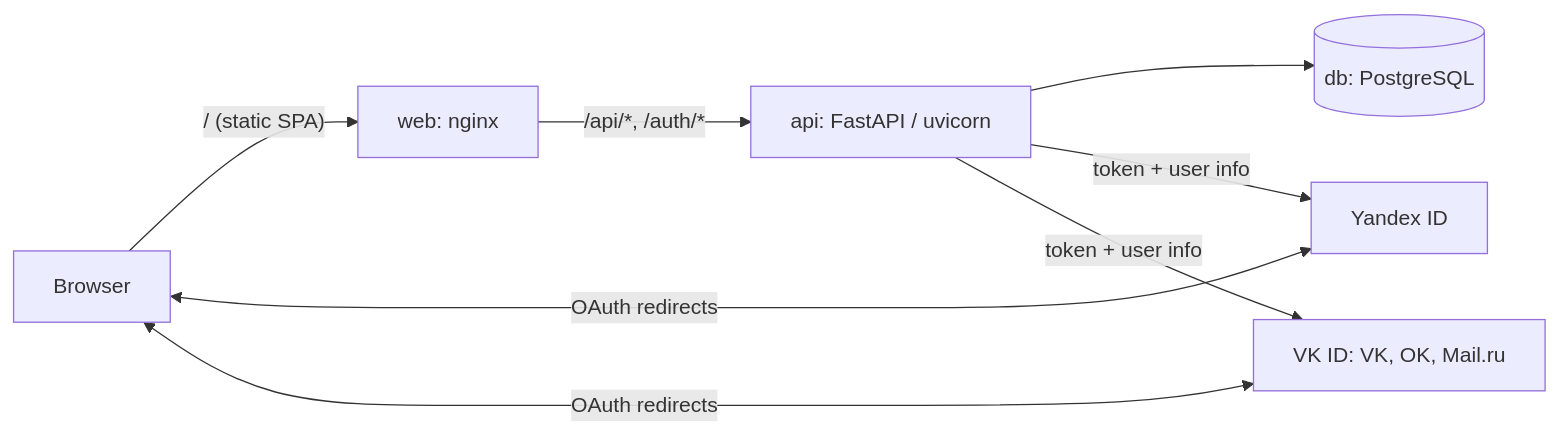
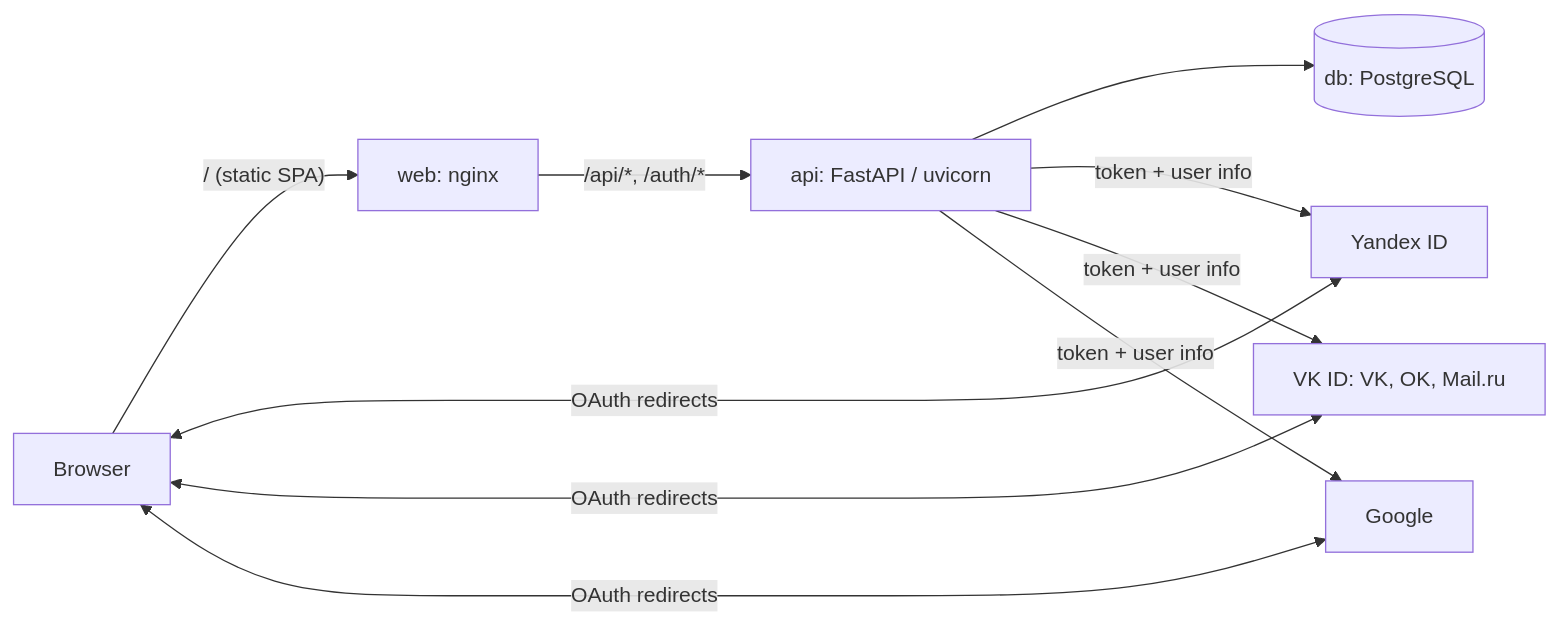
Before and after one commit to TopTuK/LeanProjectSimulator: the diagram in README.md, drawn with Mermaid. The commit also changed other lines of this file and 19 other files, not shown here.

````diff
--- a/README.md
+++ b/README.md
@@ -89,10 +92,12 @@
 ```mermaid
 flowchart LR
   B[Browser] -->|"/  (static SPA)"| W[web: nginx]
   W -->|"/api/*, /auth/*"| A[api: FastAPI / uvicorn]
   A --> D[(db: PostgreSQL)]
   B <-->|OAuth redirects| Y[Yandex ID]
   A -->|token + user info| Y
   B <-->|OAuth redirects| V[VK ID: VK, OK, Mail.ru]
   A -->|token + user info| V
+  B <-->|OAuth redirects| G[Google]
+  A -->|token + user info| G
 ```
````
